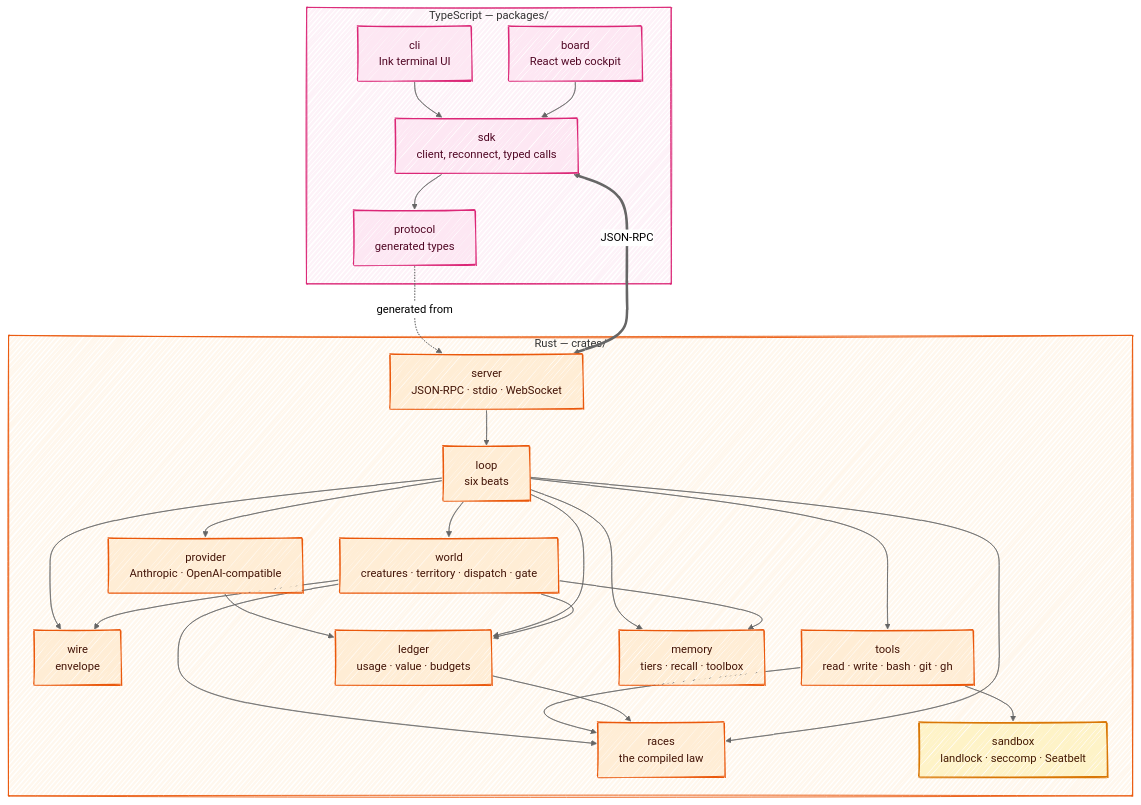
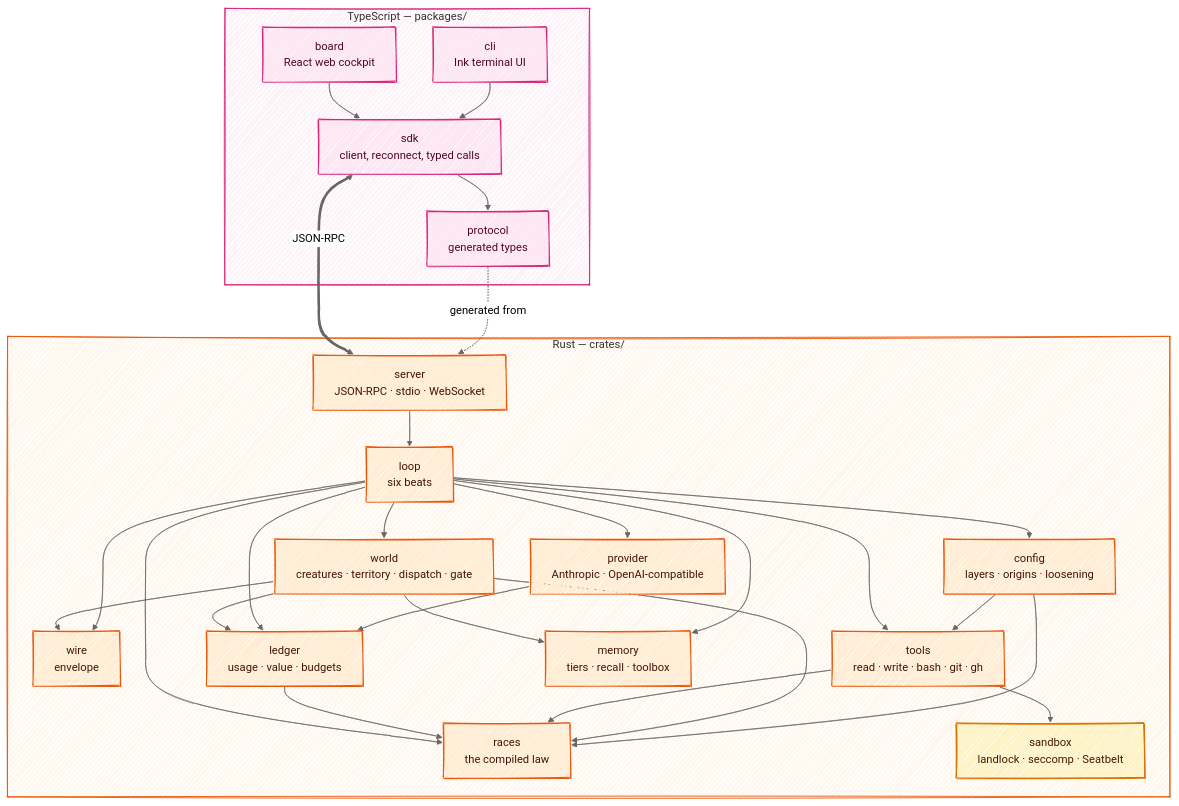
The first of 2 diagrams in docs/05-architecture.md (Kaginari/mnemorph), drawn with Mermaid before and after one commit. The commit also changed other lines of this file and 8 other files, not shown here.

Commit message:
config: TOML layers with origins, explain, holes, comment-keeping writes; the tracked file only tightens the gate; models, fallback chain, providers, Oni envelopes vetted by the classifier

````diff
--- a/docs/05-architecture.md
+++ b/docs/05-architecture.md
@@ -5,53 +5,56 @@
 ```mermaid
 ---
 config:
   look: handDrawn
   theme: neutral
   flowchart:
     wrappingWidth: 360
 ---
 flowchart TB
     subgraph ts["TypeScript — packages/"]
       CLI["cli<br/>Ink terminal UI"]
       BOARD["board<br/>React web cockpit"]
       SDK["sdk<br/>client, reconnect, typed calls"]
       PROTO["protocol<br/>generated types"]
       CLI --> SDK
       BOARD --> SDK
       SDK --> PROTO
     end
     subgraph rs["Rust — crates/"]
       SERVER["server<br/>JSON-RPC · stdio · WebSocket"]
       LOOP["loop<br/>six beats"]
       WORLD["world<br/>creatures · territory · dispatch · gate"]
       RACES["races<br/>the compiled law"]
       WIRE["wire<br/>envelope"]
       TOOLS["tools<br/>read · write · bash · git · gh"]
       SANDBOX["sandbox<br/>landlock · seccomp · Seatbelt"]
       PROV["provider<br/>Anthropic · OpenAI-compatible"]
       LEDGER["ledger<br/>usage · value · budgets"]
       MEM["memory<br/>tiers · recall · toolbox"]
+      CONFIG["config<br/>layers · origins · loosening"]
       SERVER --> LOOP
+      LOOP --> CONFIG --> TOOLS
+      CONFIG --> RACES
       LOOP --> WORLD --> RACES
       LOOP --> PROV --> LEDGER
       LOOP --> TOOLS --> SANDBOX
       TOOLS --> RACES
       LOOP --> LEDGER --> RACES
       LOOP --> MEM
       LOOP --> RACES
       LOOP --> WIRE
       WORLD --> WIRE
       WORLD --> LEDGER
       WORLD --> MEM
     end
     PROTO -. generated from .-> SERVER
     SDK <==>|JSON-RPC| SERVER
     classDef ts fill:#fde7f3,stroke:#db2777,stroke-width:1.5px,color:#500724
     class CLI,BOARD,SDK,PROTO ts
     classDef rs fill:#ffedd5,stroke:#ea580c,stroke-width:1.5px,color:#431407
-    class SERVER,LOOP,WORLD,RACES,WIRE,TOOLS,PROV,LEDGER,MEM rs
+    class SERVER,LOOP,WORLD,RACES,WIRE,TOOLS,PROV,LEDGER,MEM,CONFIG rs
     classDef gate fill:#fef3c7,stroke:#d97706,stroke-width:2px,color:#451a03
     class SANDBOX gate
     style ts fill:#fdf2f8,stroke:#db2777
     style rs fill:#fff7ed,stroke:#ea580c
 ```
````
